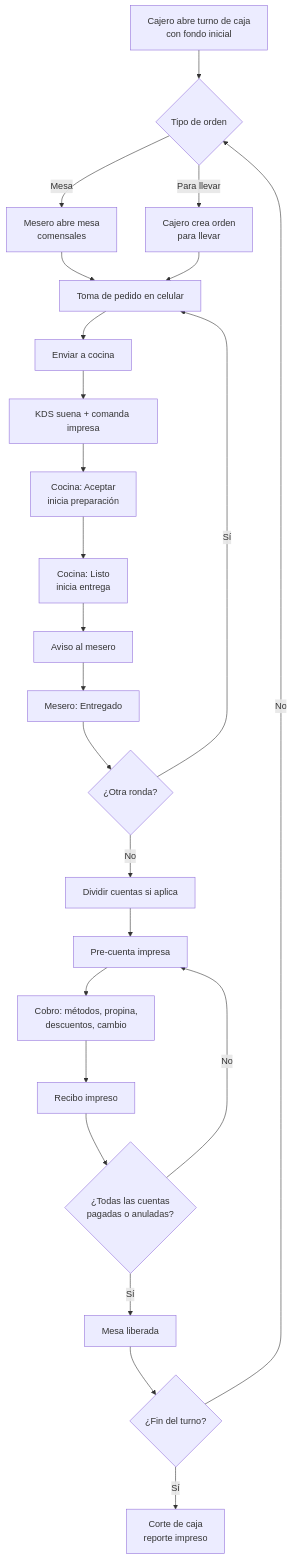
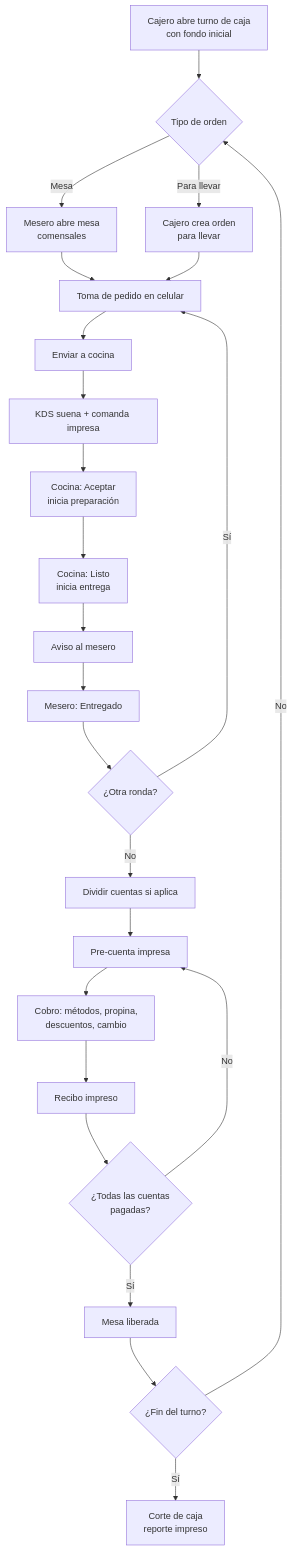
The first of 10 diagrams in Docs/05-flujos-y-estados.md (PabloReyes1/mise-by-rengo), drawn with Mermaid before and after one commit. The commit also changed other lines of this file and 103 other files, not shown here.

````diff
--- a/Docs/05-flujos-y-estados.md
+++ b/Docs/05-flujos-y-estados.md
@@ -7,26 +7,26 @@
 ```mermaid
 flowchart TD
     A[Cajero abre turno de caja<br/>con fondo inicial] --> B{Tipo de orden}
     B -->|Mesa| C[Mesero abre mesa<br/>comensales]
     B -->|Para llevar| D[Cajero crea orden<br/>para llevar]
     C --> E[Toma de pedido en celular]
     D --> E
     E --> F[Enviar a cocina]
     F --> G[KDS suena + comanda impresa]
     G --> H[Cocina: Aceptar<br/>inicia preparación]
     H --> I[Cocina: Listo<br/>inicia entrega]
     I --> J[Aviso al mesero]
     J --> K[Mesero: Entregado]
     K --> L{¿Otra ronda?}
     L -->|Sí| E
     L -->|No| M[Dividir cuentas si aplica]
     M --> N[Pre-cuenta impresa]
     N --> O[Cobro: métodos, propina,<br/>descuentos, cambio]
     O --> P[Recibo impreso]
-    P --> Q{¿Todas las cuentas<br/>pagadas o anuladas?}
+    P --> Q{¿Todas las cuentas<br/>pagadas?}
     Q -->|No| N
     Q -->|Sí| R[Mesa liberada]
     R --> S{¿Fin del turno?}
     S -->|No| B
     S -->|Sí| T[Corte de caja<br/>reporte impreso]
 ```
````
